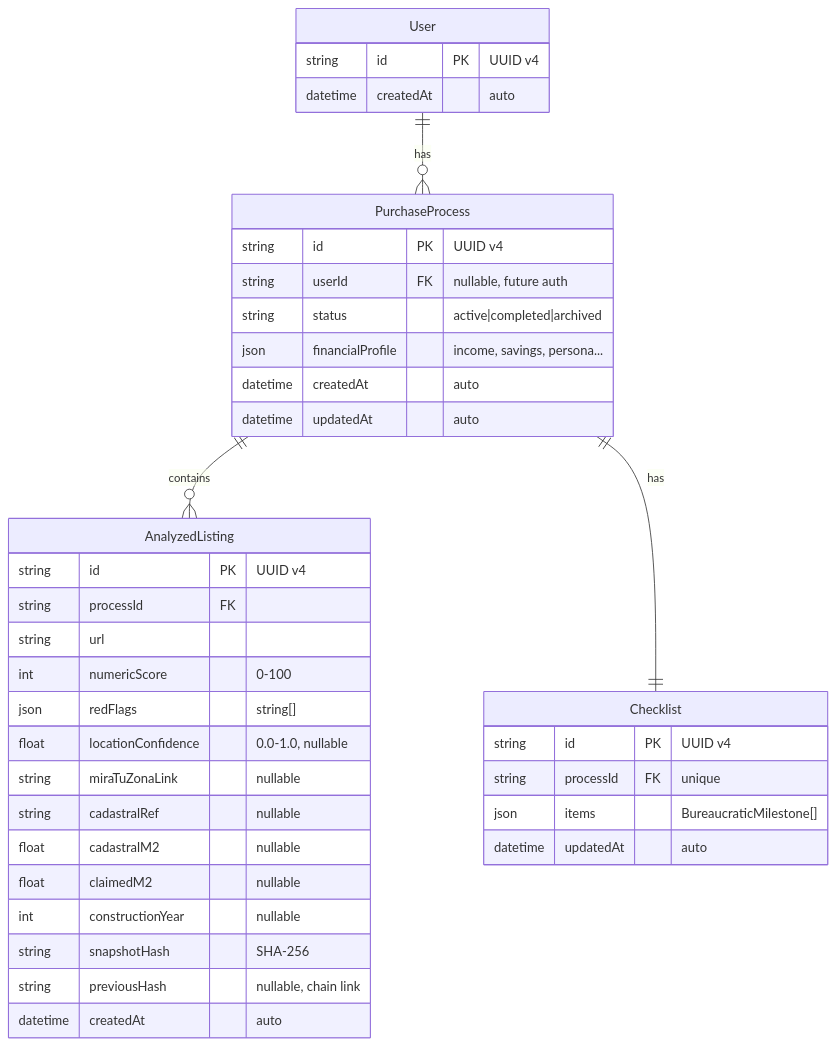
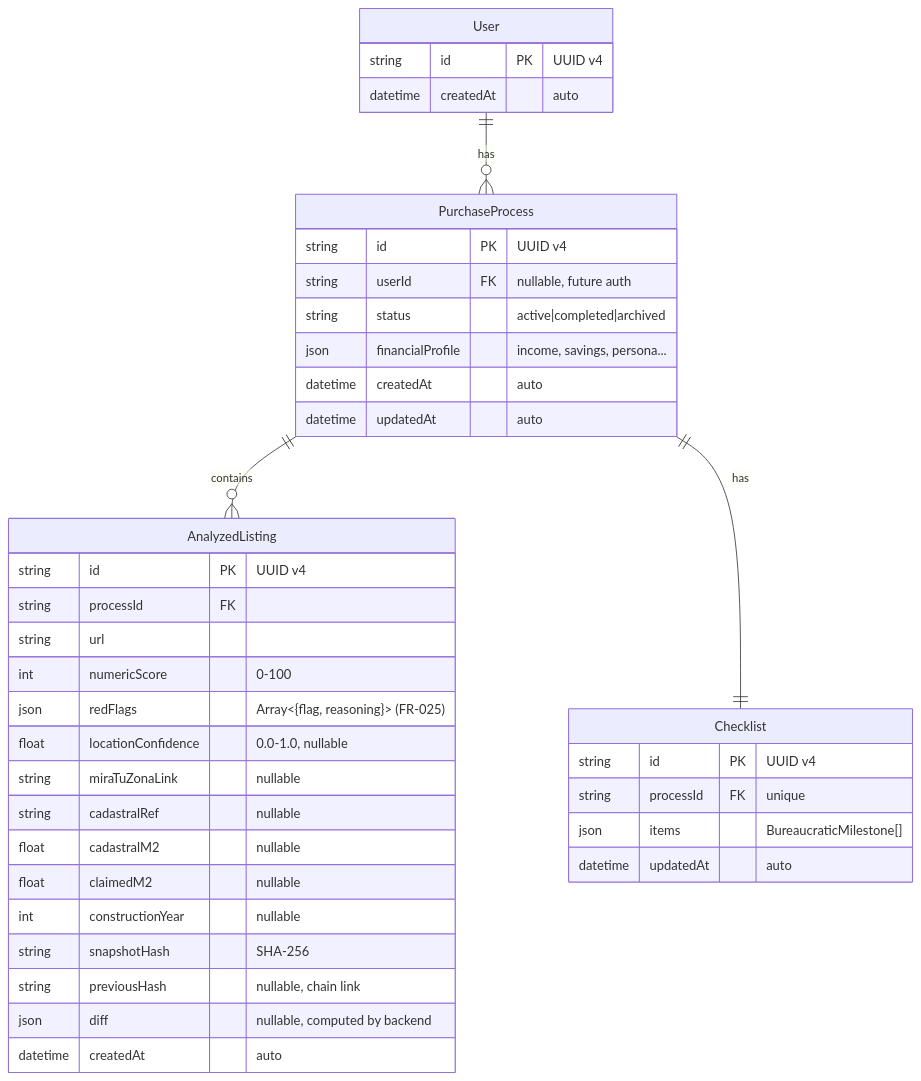
One commit to LIDR-academy/AI4Devs-finalproject changed the diagram in readme.md. Above: the diagram before and after it, drawn with Mermaid. The commit also changed other lines of this file, not shown here.

````diff
--- a/readme.md
+++ b/readme.md
@@ -222,44 +221,45 @@
 ```mermaid
 erDiagram
     User ||--o{ PurchaseProcess : has
     PurchaseProcess ||--o{ AnalyzedListing : contains
     PurchaseProcess ||--|| Checklist : has
 
     User {
         string id PK "UUID v4"
         datetime createdAt "auto"
     }
 
     PurchaseProcess {
         string id PK "UUID v4"
         string userId FK "nullable, future auth"
         string status "active|completed|archived"
         json financialProfile "income, savings, persona..."
         datetime createdAt "auto"
         datetime updatedAt "auto"
     }
 
     AnalyzedListing {
         string id PK "UUID v4"
         string processId FK
         string url
         int numericScore "0-100"
-        json redFlags "string[]"
+        json redFlags "Array<{flag, reasoning}> (FR-025)"
         float locationConfidence "0.0-1.0, nullable"
         string miraTuZonaLink "nullable"
         string cadastralRef "nullable"
         float cadastralM2 "nullable"
         float claimedM2 "nullable"
         int constructionYear "nullable"
         string snapshotHash "SHA-256"
         string previousHash "nullable, chain link"
+        json diff "nullable, computed by backend"
         datetime createdAt "auto"
     }
 
     Checklist {
         string id PK "UUID v4"
         string processId FK "unique"
         json items "BureaucraticMilestone[]"
         datetime updatedAt "auto"
     }
 ```
````
